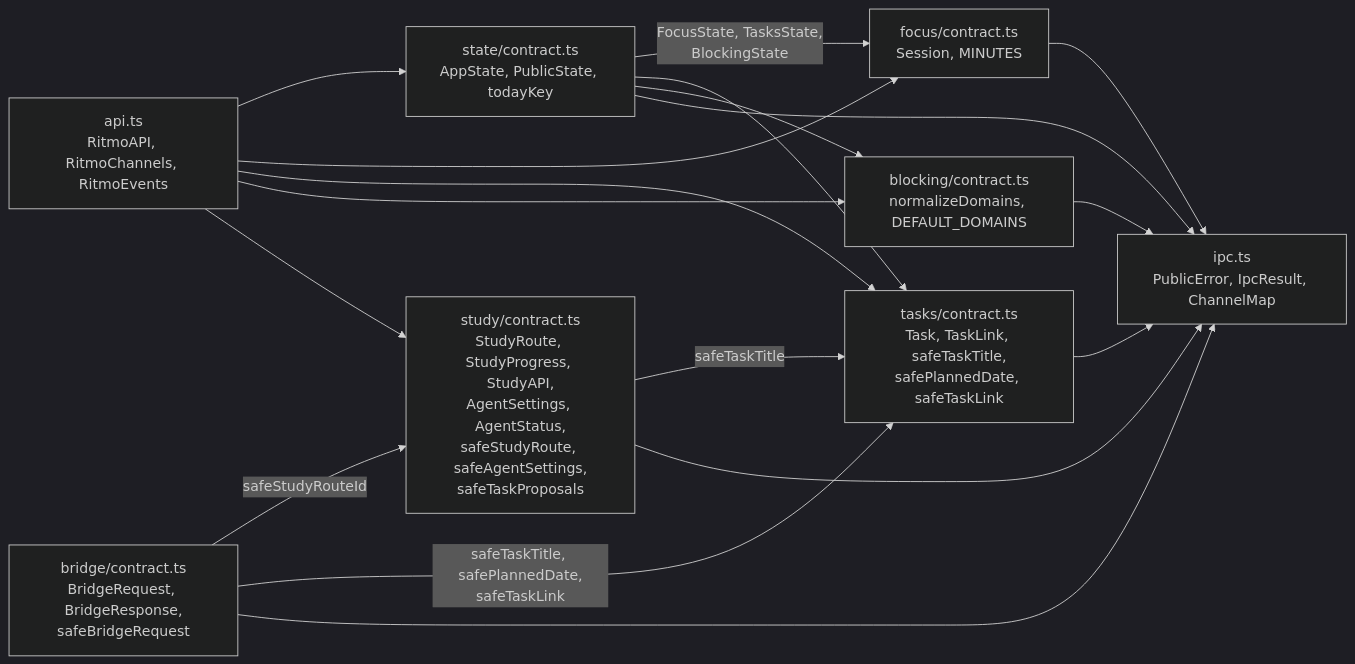
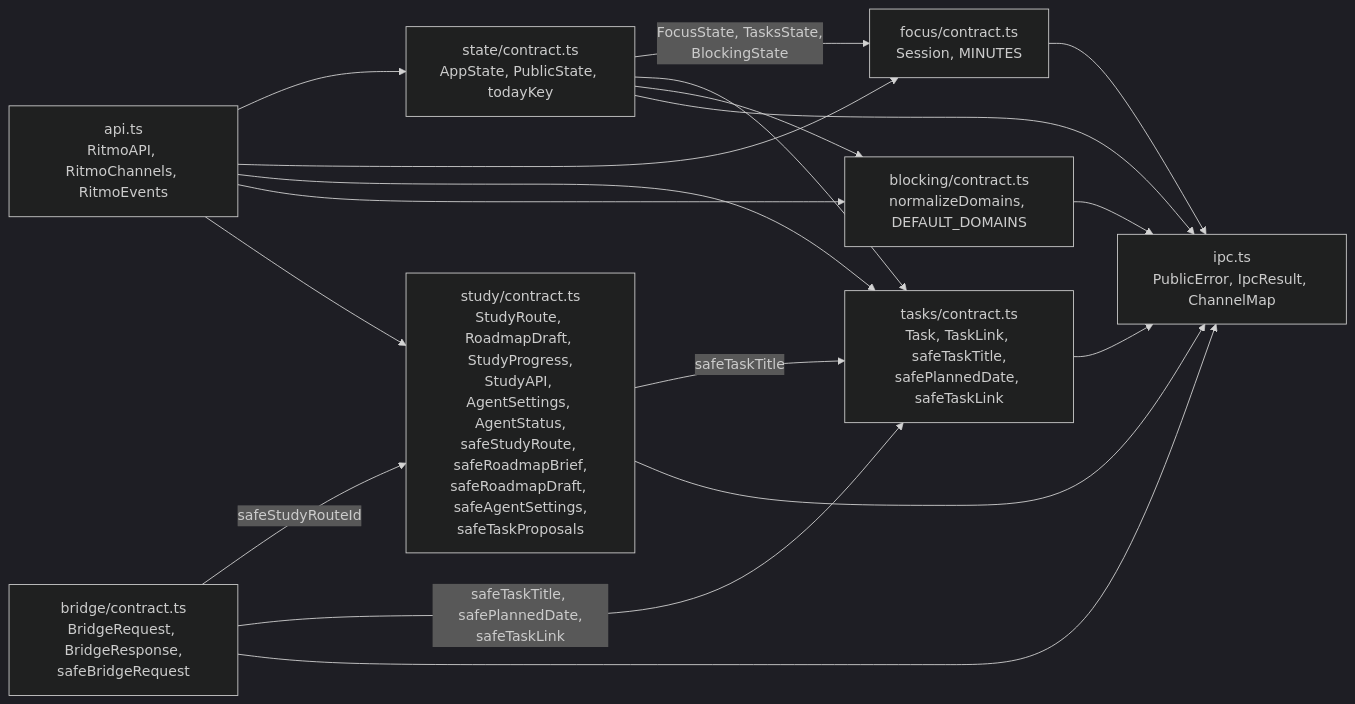
Before and after one commit to DevJuan95/ritmo: the second of 13 diagrams in docs/arquitectura.md, drawn with Mermaid (dark theme). The commit also changed other lines of this file and 21 other files, not shown here.

First line of the commit message:
Amplía el contrato de rutas con el roadmap completo y el brief

````diff
--- a/docs/arquitectura.md
+++ b/docs/arquitectura.md
@@ -56,29 +56,29 @@
 ```mermaid
 flowchart LR
   api["api.ts<br/>RitmoAPI, RitmoChannels, RitmoEvents"]
   state["state/contract.ts<br/>AppState, PublicState, todayKey"]
   focus["focus/contract.ts<br/>Session, MINUTES"]
   tasks["tasks/contract.ts<br/>Task, TaskLink, safeTaskTitle,<br/>safePlannedDate, safeTaskLink"]
   blocking["blocking/contract.ts<br/>normalizeDomains, DEFAULT_DOMAINS"]
-  study["study/contract.ts<br/>StudyRoute, StudyProgress, StudyAPI,<br/>AgentSettings, AgentStatus,<br/>safeStudyRoute, safeAgentSettings,<br/>safeTaskProposals"]
+  study["study/contract.ts<br/>StudyRoute, RoadmapDraft, StudyProgress,<br/>StudyAPI, AgentSettings, AgentStatus,<br/>safeStudyRoute, safeRoadmapBrief,<br/>safeRoadmapDraft, safeAgentSettings,<br/>safeTaskProposals"]
   ipc["ipc.ts<br/>PublicError, IpcResult, ChannelMap"]
   bridgeContract["bridge/contract.ts<br/>BridgeRequest, BridgeResponse,<br/>safeBridgeRequest"]
 
   api --> state
   api --> focus
   api --> tasks
   api --> blocking
   api --> study
   state -- "FocusState, TasksState,<br/>BlockingState" --> focus
   state --> tasks
   state --> blocking
   focus --> ipc
   tasks --> ipc
   blocking --> ipc
   state --> ipc
   study -- "safeTaskTitle" --> tasks
   study --> ipc
   bridgeContract -- "safeStudyRouteId" --> study
   bridgeContract -- "safeTaskTitle, safePlannedDate,<br/>safeTaskLink" --> tasks
   bridgeContract --> ipc
 ```
````
